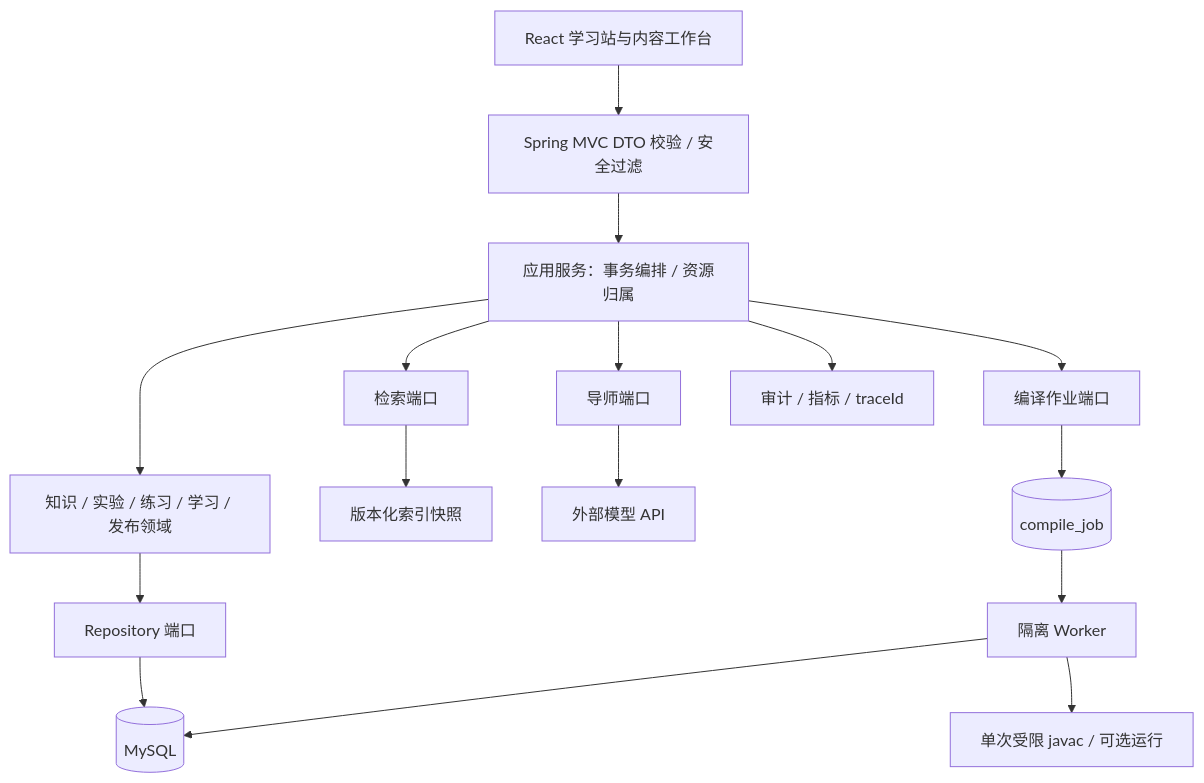
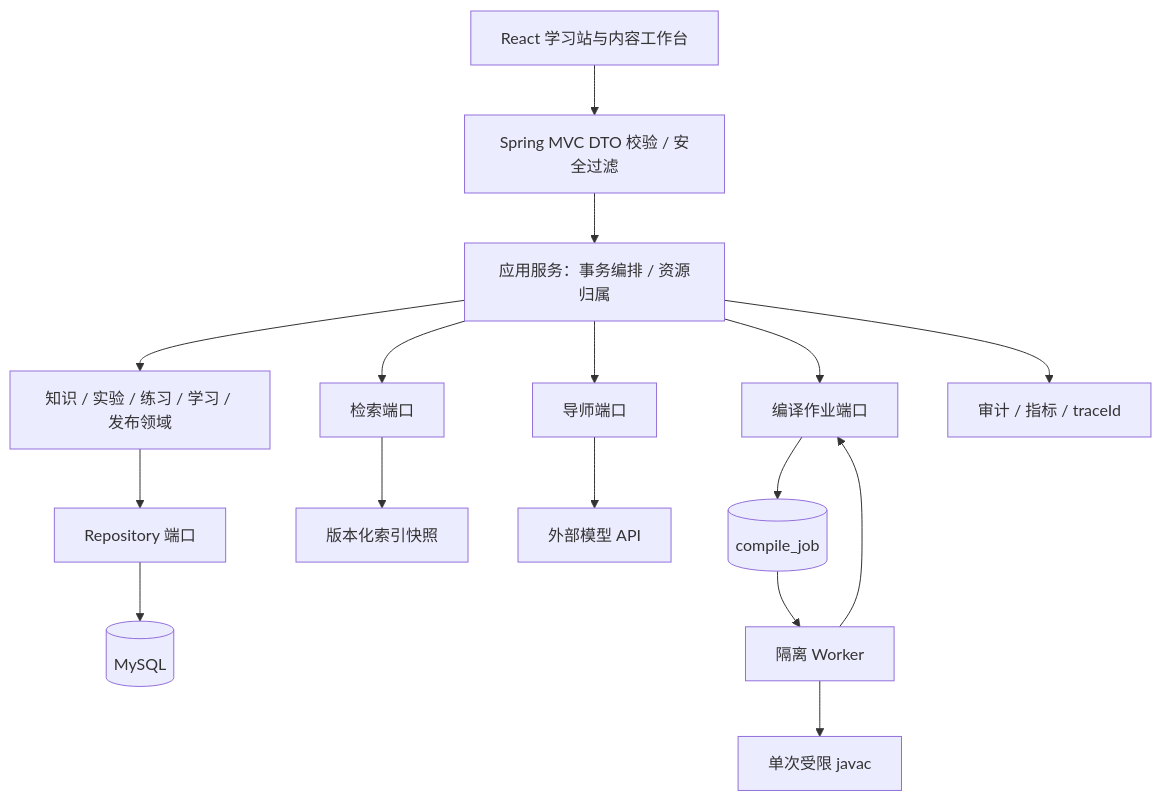
One commit to hxjyaohaohaode/java-xuexi changed the first of 3 diagrams in docs/01-architecture.md. Above: the diagram before and after it, drawn with Mermaid. The commit also changed other lines of this file and 179 other files, not shown here.

````diff
--- a/docs/01-architecture.md
+++ b/docs/01-architecture.md
@@ -22,18 +22,18 @@
 ```mermaid
 flowchart TB
   UI[React 学习站与内容工作台] --> API[Spring MVC DTO 校验 / 安全过滤]
   API --> APP[应用服务：事务编排 / 资源归属]
   APP --> DOM[知识 / 实验 / 练习 / 学习 / 发布领域]
   APP --> RET[检索端口]
   APP --> AI[导师端口]
   APP --> JOB[编译作业端口]
   DOM --> REPO[Repository 端口]
   REPO --> DB[(MySQL)]
   RET --> IDX[版本化索引快照]
   AI --> MODEL[外部模型 API]
   JOB --> QUEUE[(compile_job)]
   QUEUE --> WORKER[隔离 Worker]
-  WORKER --> JVM[单次受限 javac / 可选运行]
-  WORKER --> DB
+  WORKER --> JVM[单次受限 javac]
+  WORKER --> JOB
   APP --> OBS[审计 / 指标 / traceId]
 ```
````
